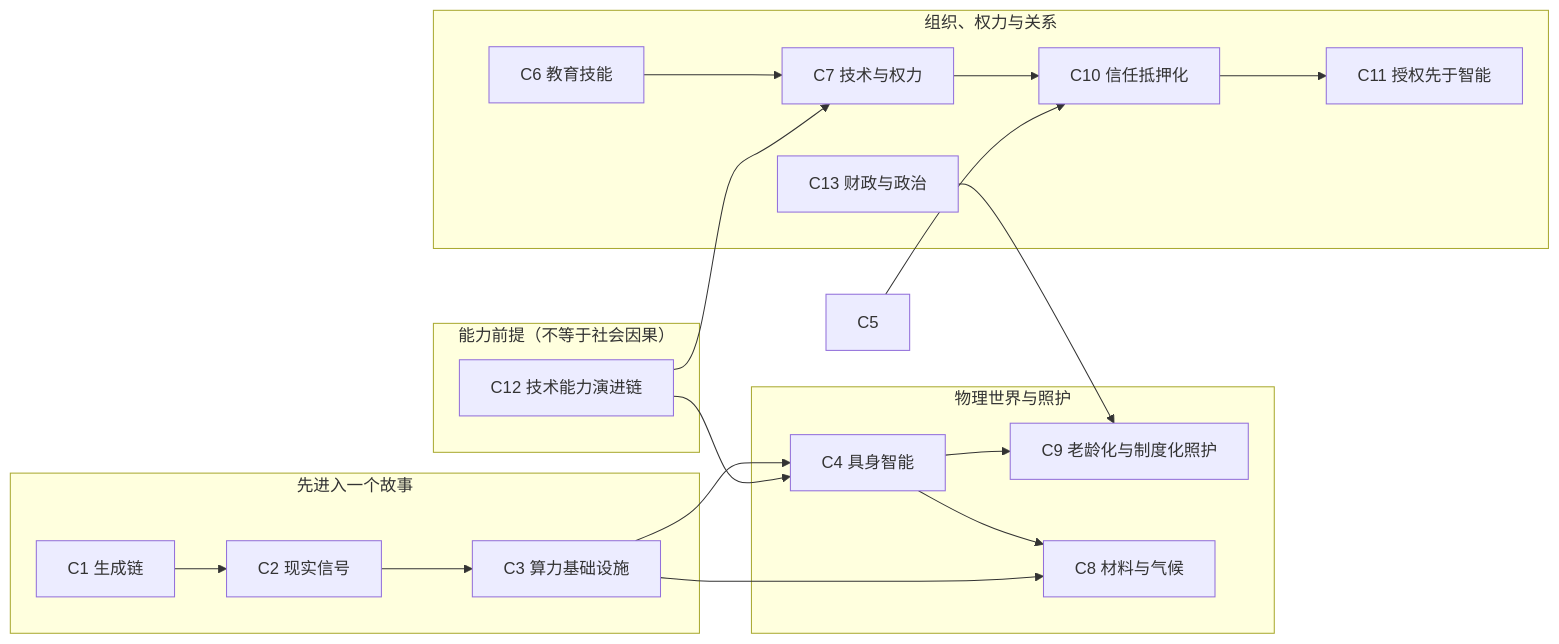
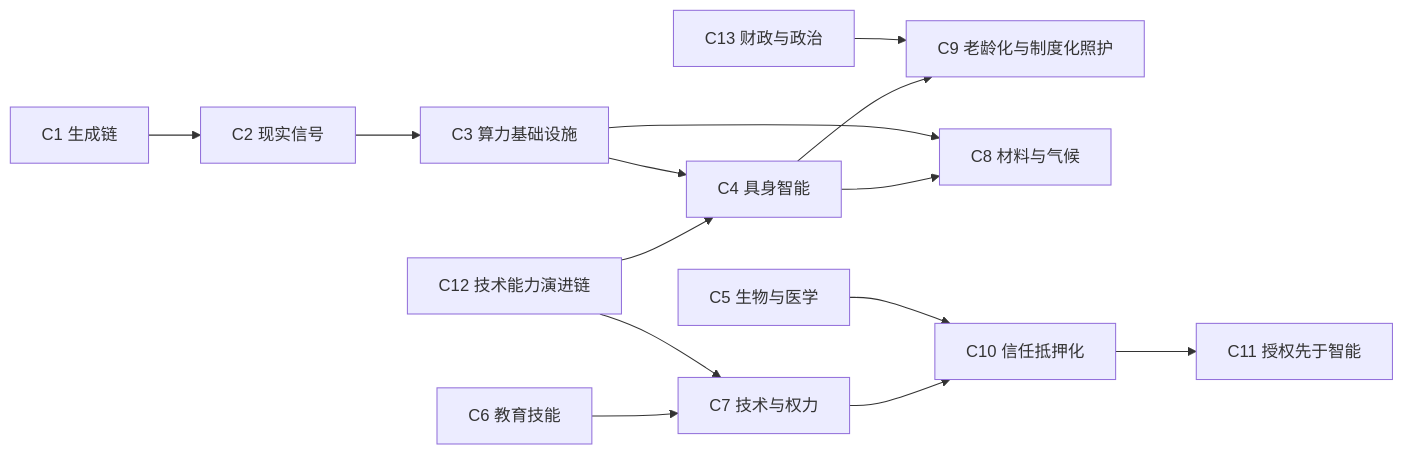
One commit to SenZhangAI/foresight-by-ai changed the diagram in README.md. Above: the diagram before and after it, drawn with Mermaid. The commit also changed 1 other file, not shown here.

Commit message:
fix(readme): flatten Mermaid navigation maps
GitHub's renderer rejects the previous subgraph and cross-group form even with valid arrows. Define each navigation node once in a flat bilingual flowchart so the public maps render while the surrounding prose retains the reading-entry explanation.

````diff
--- a/README.md
+++ b/README.md
@@ -222,25 +222,16 @@
 ```mermaid
 flowchart LR
-  subgraph START[先进入一个故事]
-    C1[C1 生成链] --> C2[C2 现实信号]
-    C2 --> C3[C3 算力基础设施]
-  end
-  subgraph BODY[物理世界与照护]
-    C4[C4 具身智能] --> C9[C9 老龄化与制度化照护]
-    C4 --> C8[C8 材料与气候]
-  end
-  subgraph SOCIETY[组织、权力与关系]
-    C7[C7 技术与权力] --> C10[C10 信任抵押化]
-    C10 --> C11[C11 授权先于智能]
-    C6[C6 教育技能] --> C7
-    C13[C13 财政与政治] --> C9
-  end
-  subgraph PREREQ[能力前提（不等于社会因果）]
-    C12[C12 技术能力演进链]
-  end
+  C1[C1 生成链] --> C2[C2 现实信号]
+  C2 --> C3[C3 算力基础设施]
+  C4[C4 具身智能] --> C9[C9 老龄化与制度化照护]
+  C4 --> C8[C8 材料与气候]
+  C7[C7 技术与权力] --> C10[C10 信任抵押化]
+  C10 --> C11[C11 授权先于智能]
+  C6[C6 教育技能] --> C7
+  C13[C13 财政与政治] --> C9
+  C12[C12 技术能力演进链] --> C4
+  C12 --> C7
+  C5[C5 生物与医学] --> C10
   C3 --> C4
   C3 --> C8
-  C12 --> C4
-  C12 --> C7
-  C5 --> C10
 ```
````
